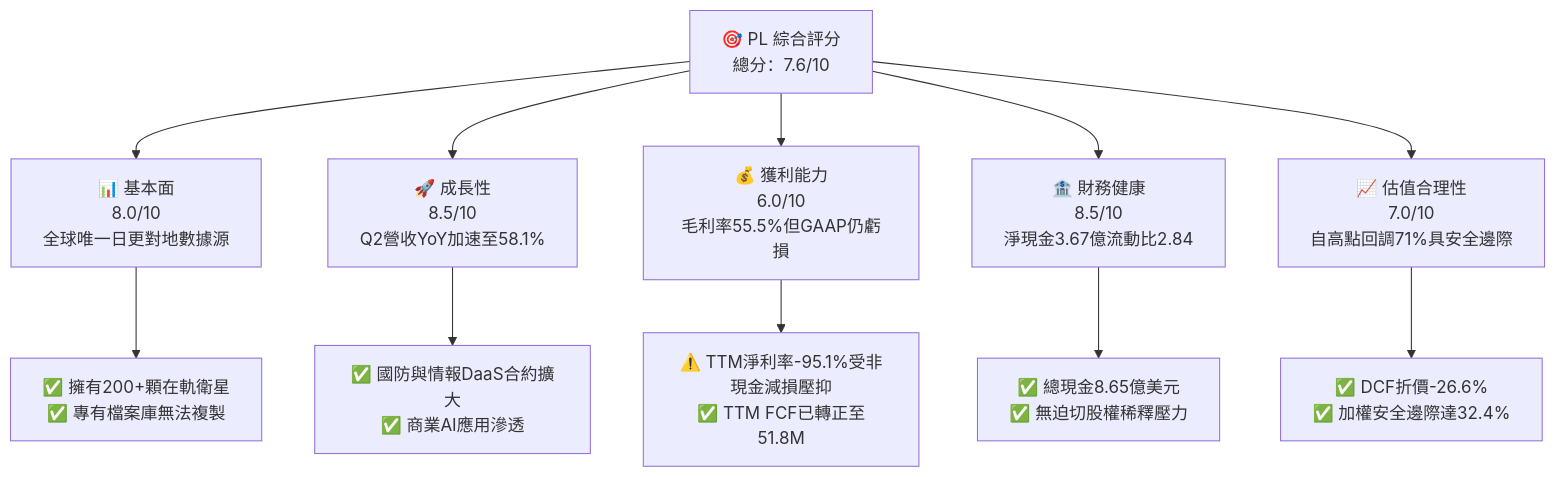
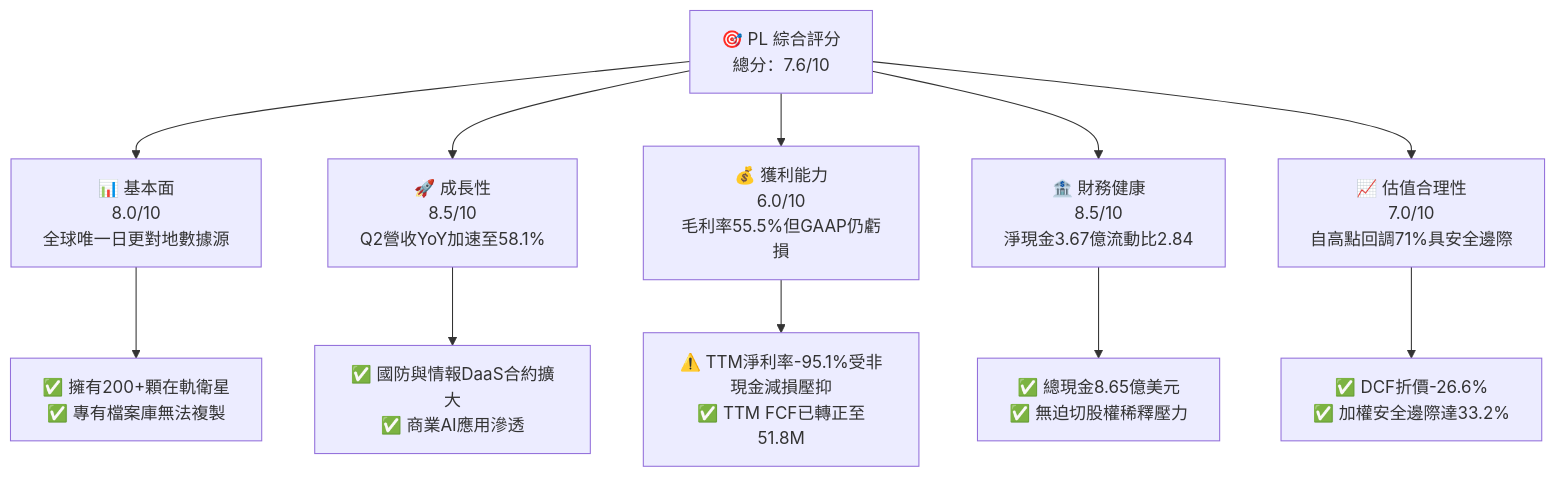
The first of 15 diagrams in ai_gen_report/fundamental/pl/fundamental_analysis_2026-10-15_gemini.md (yennanliu/finance_data), drawn with Mermaid before and after one commit. The commit also changed other lines of this file and 339 other files, not shown here.

````diff
--- a/ai_gen_report/fundamental/pl/fundamental_analysis_2026-10-15_gemini.md
+++ b/ai_gen_report/fundamental/pl/fundamental_analysis_2026-10-15_gemini.md
@@ -58,22 +65,22 @@
 ```mermaid
 graph TD
     TICKER["🎯 PL 綜合評分<br/>總分：7.6/10"]
 
     F["📊 基本面<br/>8.0/10<br/>全球唯一日更對地數據源"]
     G["🚀 成長性<br/>8.5/10<br/>Q2營收YoY加速至58.1%"]
     P["💰 獲利能力<br/>6.0/10<br/>毛利率55.5%但GAAP仍虧損"]
     B["🏦 財務健康<br/>8.5/10<br/>淨現金3.67億流動比2.84"]
     V["📈 估值合理性<br/>7.0/10<br/>自高點回調71%具安全邊際"]
 
     TICKER --> F
     TICKER --> G
     TICKER --> P
     TICKER --> B
     TICKER --> V
 
     F --> F1["✅ 擁有200+顆在軌衛星<br/>✅ 專有檔案庫無法複製"]
     G --> G1["✅ 國防與情報DaaS合約擴大<br/>✅ 商業AI應用滲透"]
     P --> P1["⚠️ TTM淨利率-95.1%受非現金減損壓抑<br/>✅ TTM FCF已轉正至51.8M"]
     B --> B1["✅ 總現金8.65億美元<br/>✅ 無迫切股權稀釋壓力"]
-    V --> V1["✅ DCF折價-26.6%<br/>✅ 加權安全邊際達32.4%"]
+    V --> V1["✅ DCF折價-26.6%<br/>✅ 加權安全邊際達33.2%"]
 ```
````
